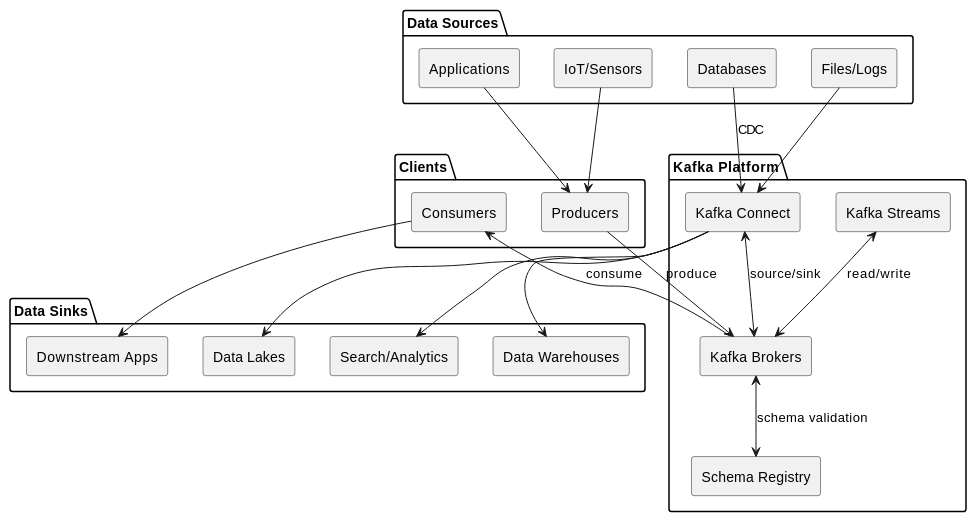
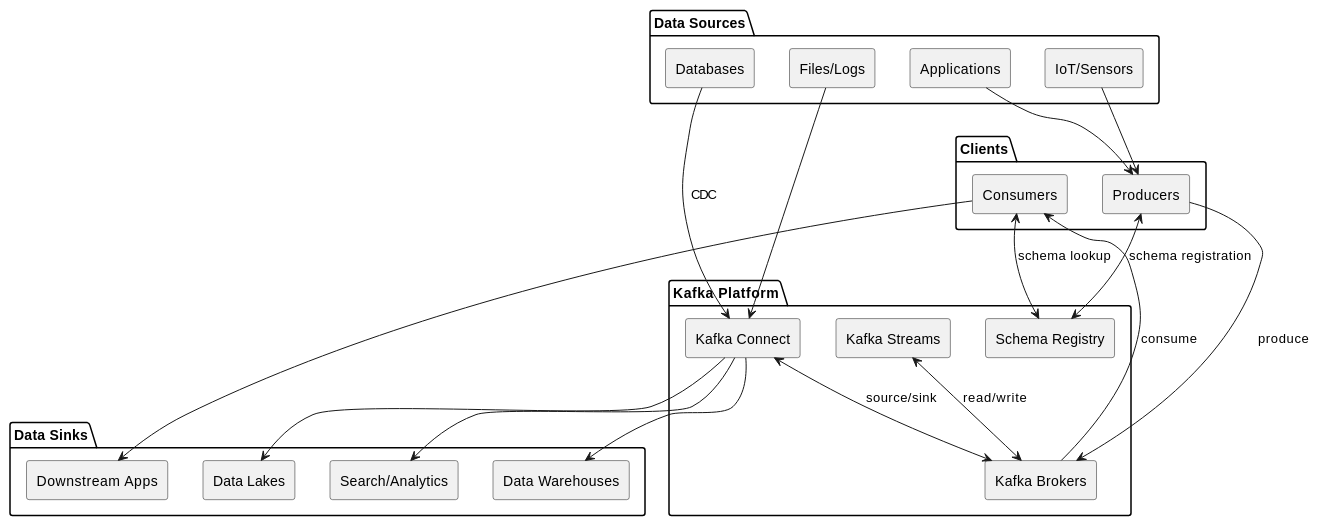
Before and after one commit to axonops/documentation: the first of 6 diagrams in docs/data-platforms/kafka/concepts/kafka-ecosystem.md, drawn with PlantUML. The commit also changed other lines of this file and 13 other files, not shown here.

````diff
--- a/docs/data-platforms/kafka/concepts/kafka-ecosystem.md
+++ b/docs/data-platforms/kafka/concepts/kafka-ecosystem.md
@@ -19,50 +19,51 @@
 ```plantuml
 @startuml
 skinparam componentStyle rectangle
 
 package "Kafka Platform" {
   [Kafka Brokers] as brokers
   [Schema Registry] as sr
   [Kafka Connect] as connect
   [Kafka Streams] as streams
 }
 
 package "Data Sources" {
   [Databases] as db
   [Applications] as apps
   [Files/Logs] as files
   [IoT/Sensors] as iot
 }
 
 package "Data Sinks" {
   [Data Lakes] as lakes
   [Search/Analytics] as search
   [Downstream Apps] as downstream
   [Data Warehouses] as warehouse
 }
 
 package "Clients" {
   [Producers] as producers
   [Consumers] as consumers
 }
 
 db --> connect : CDC
 apps --> producers
 files --> connect
 iot --> producers
 
 producers --> brokers : produce
 brokers --> consumers : consume
 
 connect <--> brokers : source/sink
 streams <--> brokers : read/write
 
-brokers <--> sr : schema validation
+producers <--> sr : schema registration
+consumers <--> sr : schema lookup
 
 connect --> lakes
 connect --> search
 connect --> warehouse
 consumers --> downstream
 
 @enduml
 ```
````
